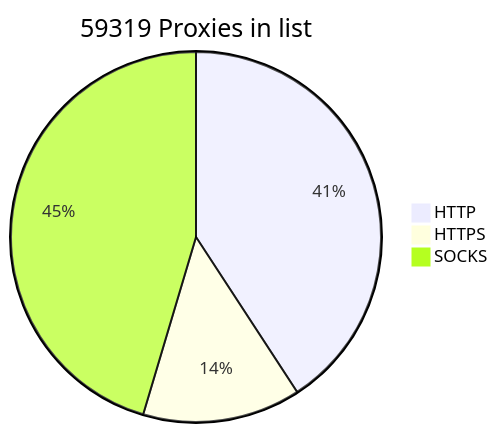
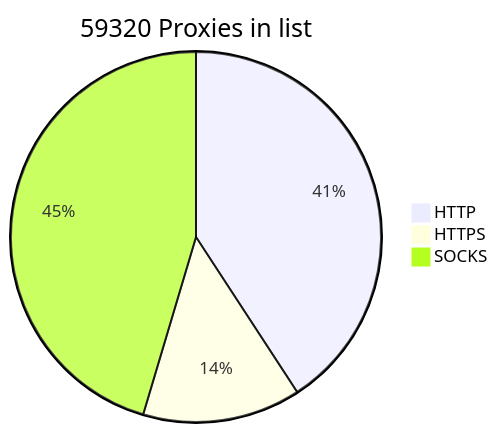
Before and after one commit to BlackSnowDot/proxylist-update-every-minute: the diagram in README.md, drawn with Mermaid.

````diff
--- a/README.md
+++ b/README.md
@@ -2,6 +2,6 @@
 ```mermaid
-pie title 59319 Proxies in list
+pie title 59320 Proxies in list
     "HTTP" : 27301
     "HTTPS": 9241
     "SOCKS" : 30377
 ```
````
